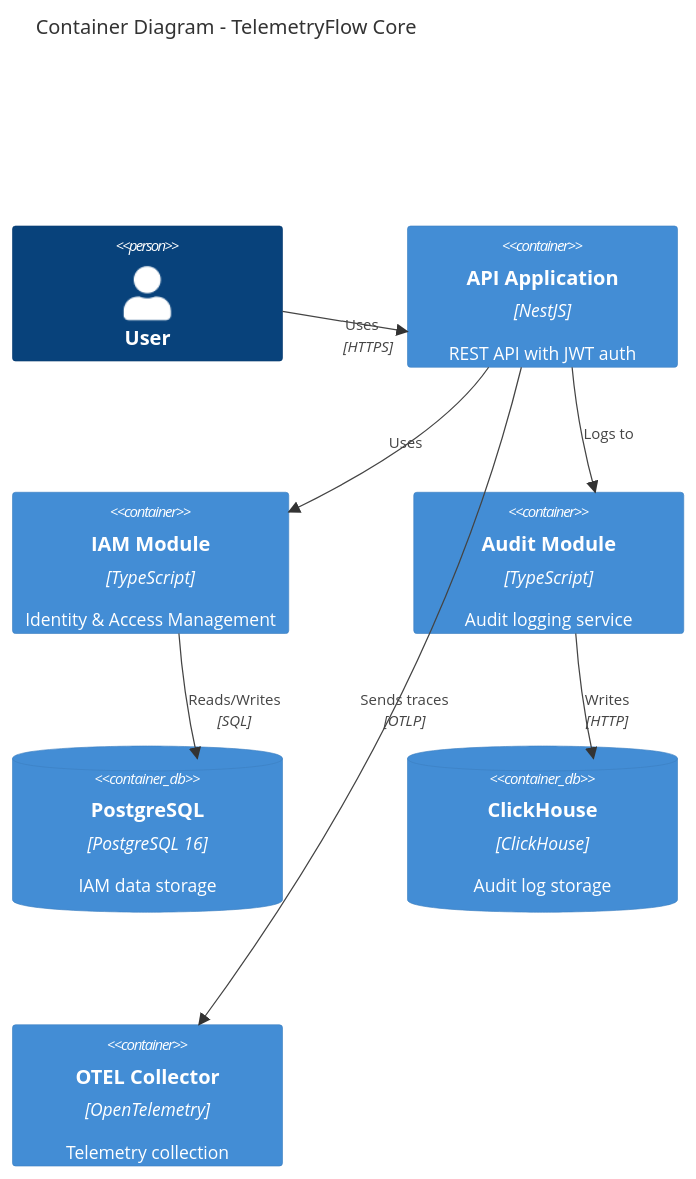
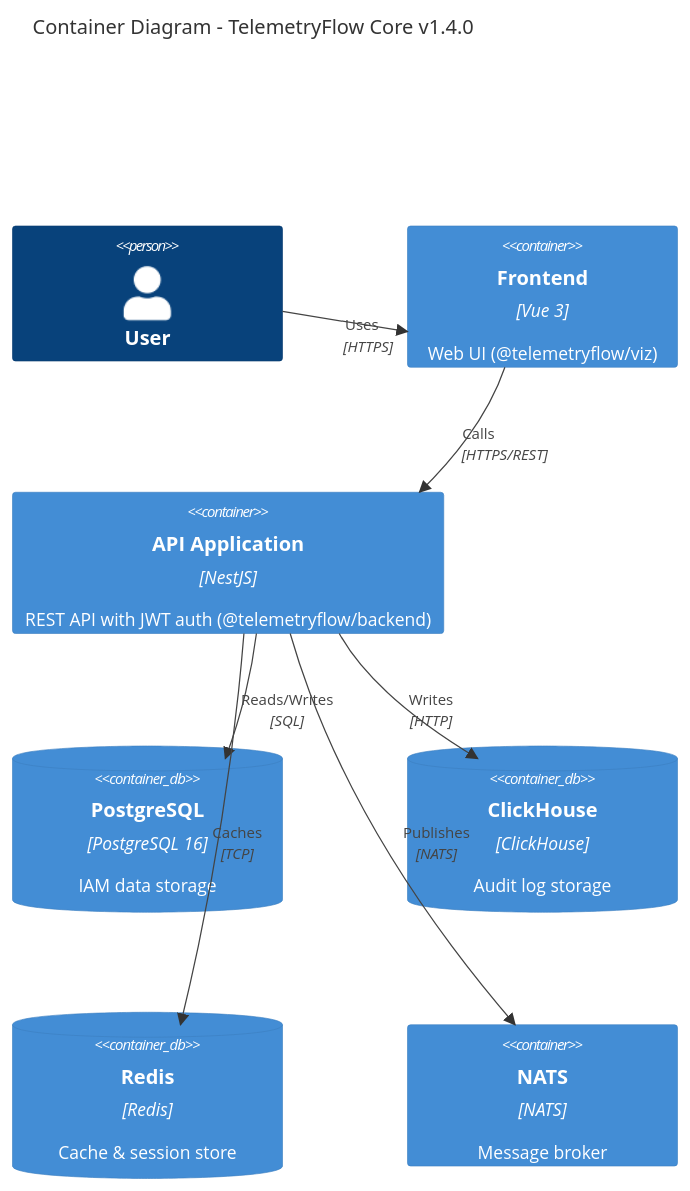
The second of 14 diagrams in docs/ARCHITECTURE_DIAGRAMS.md (telemetryflow/telemetryflow-core), drawn with Mermaid before and after one commit. The commit also changed other lines of this file and 2428 other files, not shown here.

````diff
--- a/docs/ARCHITECTURE_DIAGRAMS.md
+++ b/docs/ARCHITECTURE_DIAGRAMS.md
@@ -59,21 +62,21 @@
 ```mermaid
 C4Container
-    title Container Diagram - TelemetryFlow Core
+    title Container Diagram - TelemetryFlow Core v1.4.0
 
     Person(user, "User")
 
-    Container(api, "API Application", "NestJS", "REST API with JWT auth")
-    Container(iam, "IAM Module", "TypeScript", "Identity & Access Management")
-    Container(audit, "Audit Module", "TypeScript", "Audit logging service")
+    Container(frontend, "Frontend", "Vue 3", "Web UI (@telemetryflow/viz)")
+    Container(api, "API Application", "NestJS", "REST API with JWT auth (@telemetryflow/backend)")
 
     ContainerDb(postgres, "PostgreSQL", "PostgreSQL 16", "IAM data storage")
     ContainerDb(clickhouse, "ClickHouse", "ClickHouse", "Audit log storage")
-    Container(otel, "OTEL Collector", "OpenTelemetry", "Telemetry collection")
+    ContainerDb(redis, "Redis", "Redis", "Cache & session store")
+    Container(nats, "NATS", "NATS", "Message broker")
 
-    Rel(user, api, "Uses", "HTTPS")
-    Rel(api, iam, "Uses")
-    Rel(api, audit, "Logs to")
-    Rel(iam, postgres, "Reads/Writes", "SQL")
-    Rel(audit, clickhouse, "Writes", "HTTP")
-    Rel(api, otel, "Sends traces", "OTLP")
+    Rel(user, frontend, "Uses", "HTTPS")
+    Rel(frontend, api, "Calls", "HTTPS/REST")
+    Rel(api, postgres, "Reads/Writes", "SQL")
+    Rel(api, clickhouse, "Writes", "HTTP")
+    Rel(api, redis, "Caches", "TCP")
+    Rel(api, nats, "Publishes", "NATS")
 ```
````
